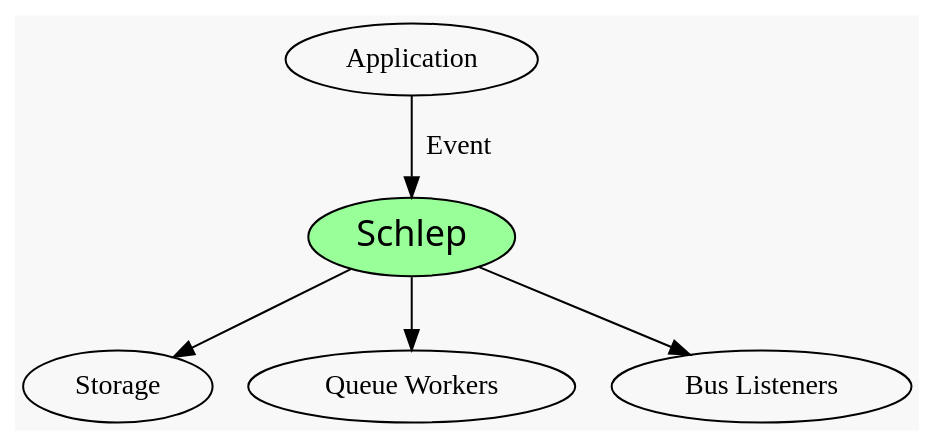
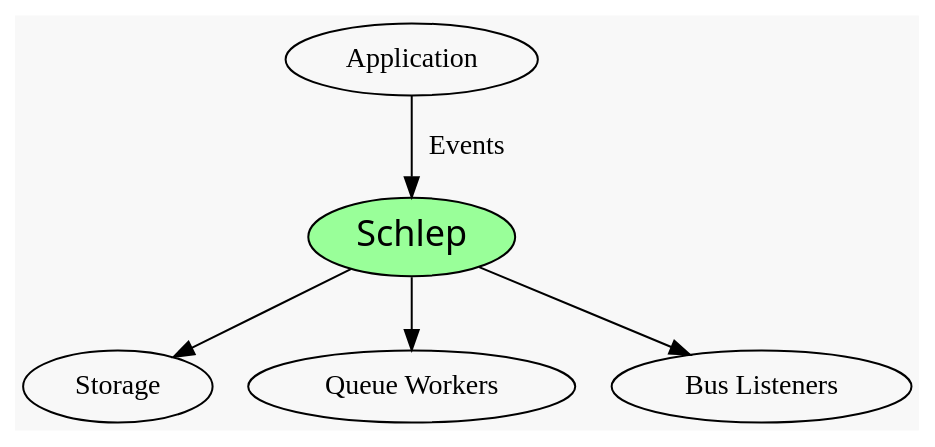
The diagram in Readme.dot (Movitas/schlep), drawn with Graphviz before and after one commit. The commit also changed 1 other file, not shown here.

Commit message:
Change events to plural

```diff
--- a/Readme.dot
+++ b/Readme.dot
@@ -1,8 +1,8 @@
 digraph Readme {
   bgcolor="#F8F8F8"
   Schlep [style = filled, fillcolor="#99FF99",label="Schlep", fontname="sans", fontsize=18];
-  Application -> Schlep [label=" Event"]
+  Application -> Schlep [label=" Events"]
   Schlep -> Storage
   Schlep -> "Queue Workers"
   Schlep -> "Bus Listeners"
 }
```
